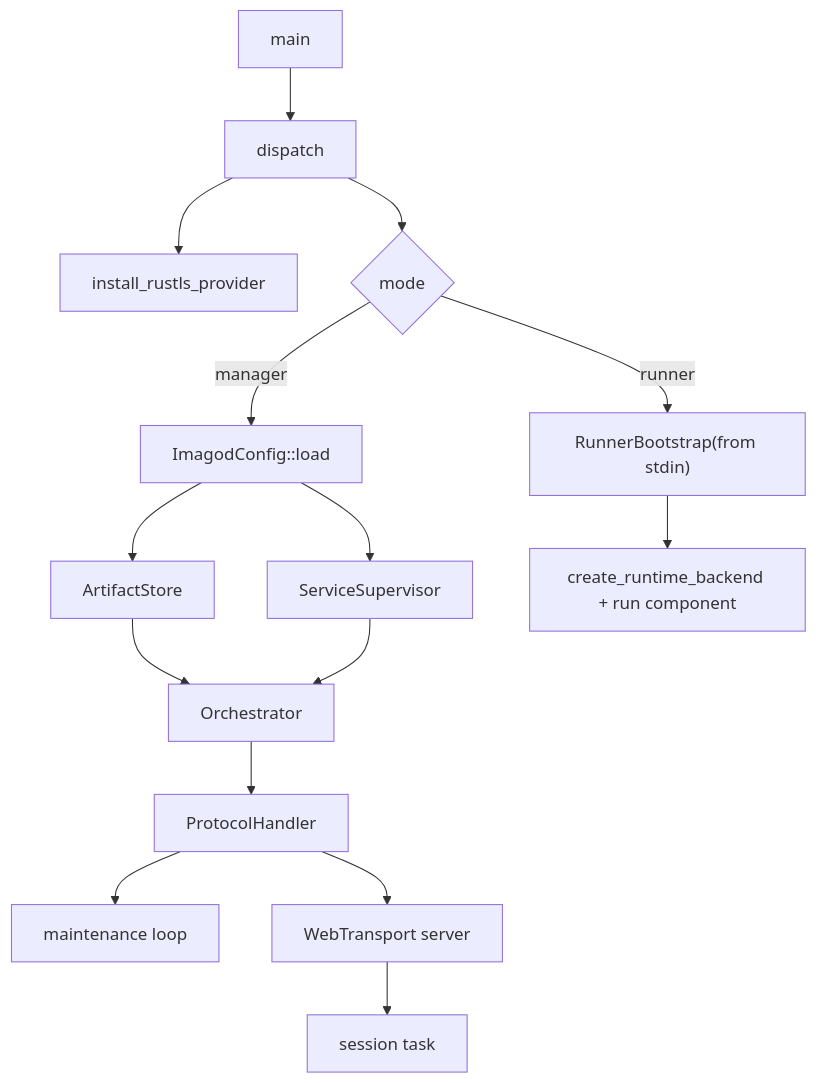
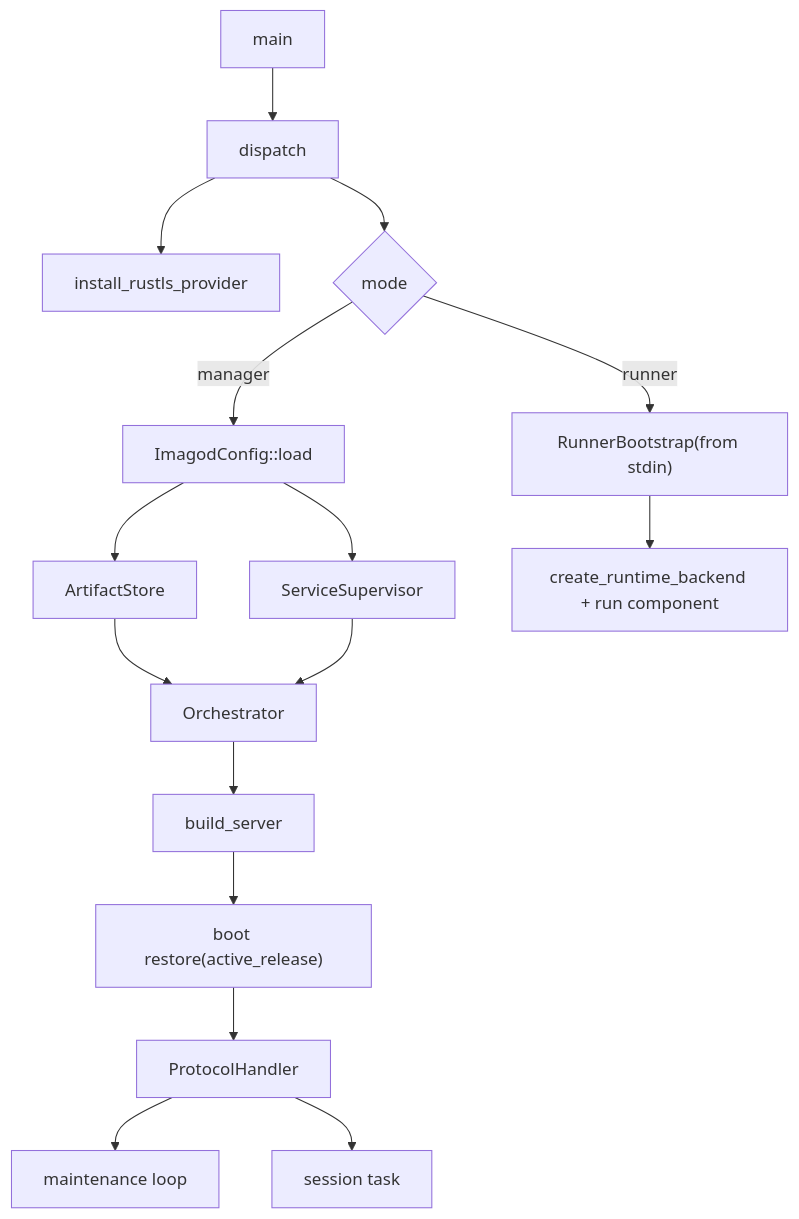
The first of 4 diagrams in docs/spec/imagod-internals.md (yieldspace/imago), drawn with Mermaid before and after one commit. The commit also changed other lines of this file and 4 other files, not shown here.

````diff
--- a/docs/spec/imagod-internals.md
+++ b/docs/spec/imagod-internals.md
@@ -47,17 +47,18 @@
 ```mermaid
 flowchart TD
   A["main"] --> B["dispatch"]
   B --> C["install_rustls_provider"]
   B --> D{"mode"}
   D -->|manager| E["ImagodConfig::load"]
   E --> F["ArtifactStore"]
   E --> G["ServiceSupervisor"]
   F --> H["Orchestrator"]
   G --> H
-  H --> I["ProtocolHandler"]
-  I --> J["maintenance loop"]
-  I --> K["WebTransport server"]
-  K --> L["session task"]
-  D -->|runner| M["RunnerBootstrap(from stdin)"]
-  M --> N["create_runtime_backend + run component"]
+  H --> I["build_server"]
+  I --> J["boot restore(active_release)"]
+  J --> K["ProtocolHandler"]
+  K --> L["maintenance loop"]
+  K --> M["session task"]
+  D -->|runner| O["RunnerBootstrap(from stdin)"]
+  O --> P["create_runtime_backend + run component"]
 ```
````
